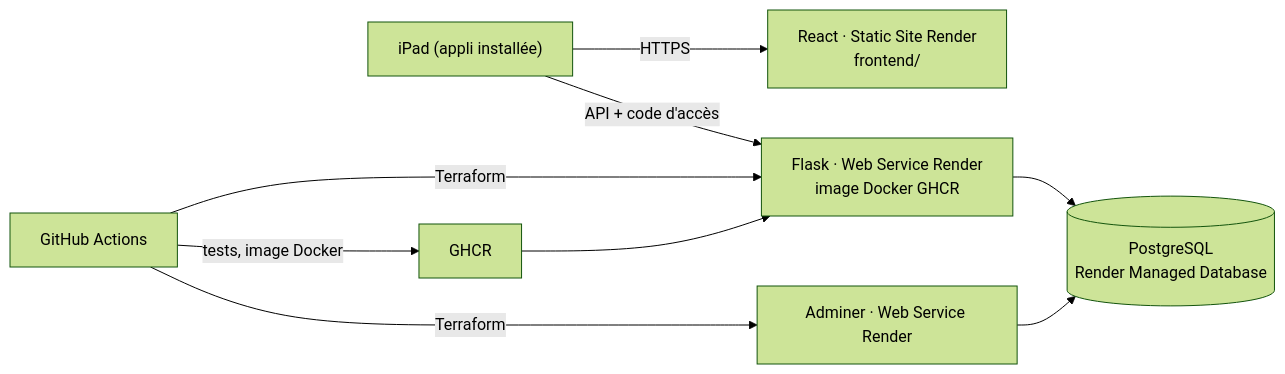
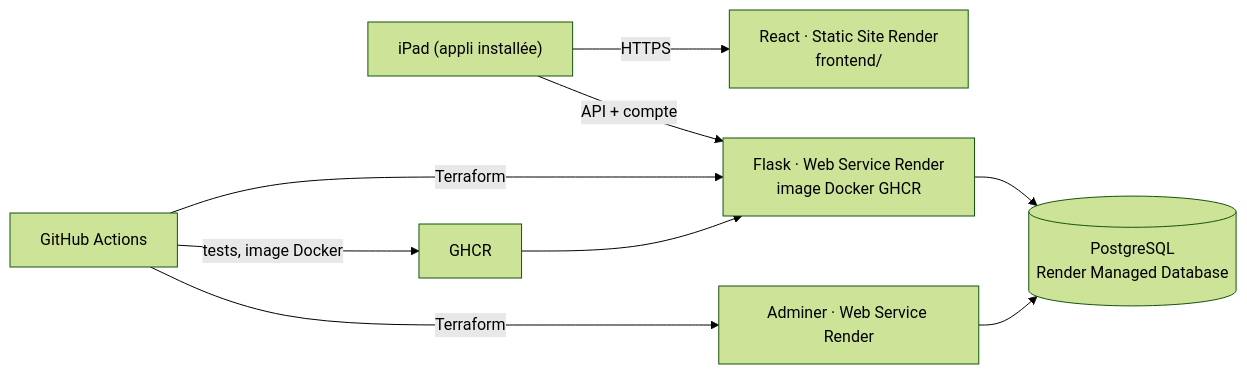
The diagram in README.md (alinoequinquet-code/ATELIER_RENDER_2026), drawn with Mermaid (forest theme) before and after one commit. The commit also changed other lines of this file and 12 other files, not shown here.

````diff
--- a/README.md
+++ b/README.md
@@ -9,11 +9,11 @@
 ```mermaid
 flowchart LR
   iPad["iPad (appli installée)"] -->|HTTPS| Front["React · Static Site Render<br/>frontend/"]
-  iPad -->|"API + code d'accès"| API["Flask · Web Service Render<br/>image Docker GHCR"]
+  iPad -->|"API + compte"| API["Flask · Web Service Render<br/>image Docker GHCR"]
   API --> DB[("PostgreSQL<br/>Render Managed Database")]
   Adminer["Adminer · Web Service Render"] --> DB
   GH["GitHub Actions"] -->|"tests, image Docker"| GHCR["GHCR"]
   GH -->|Terraform| API
   GH -->|Terraform| Adminer
   GHCR --> API
 ```
````
